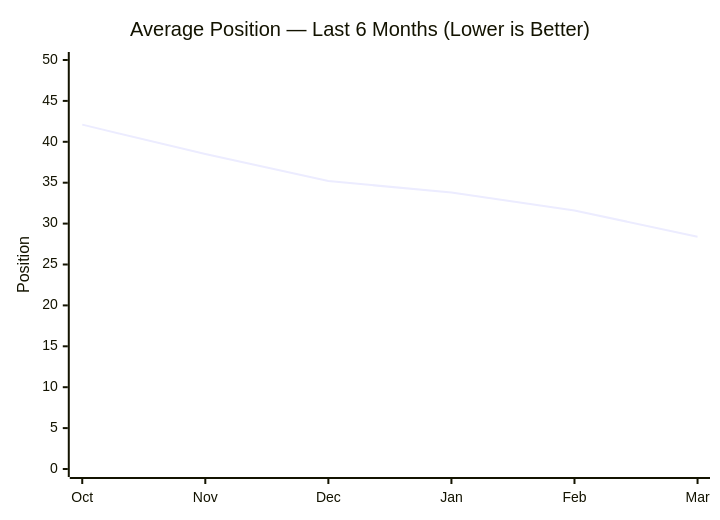
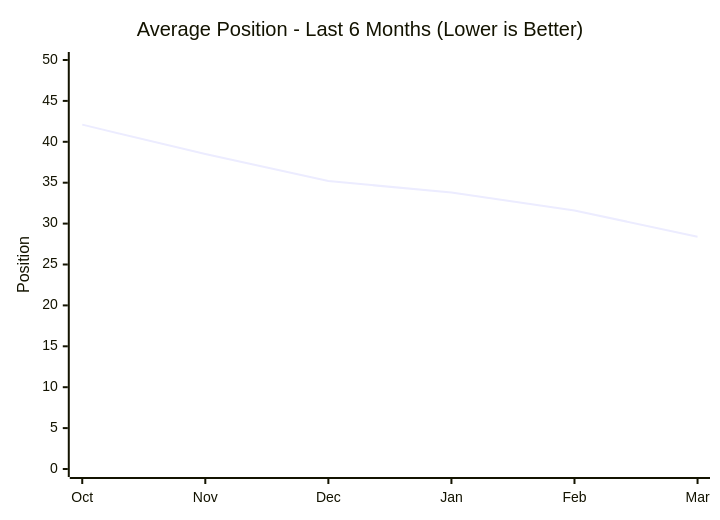
One commit to clarkemoyer/technologyadoptionbarriers.org changed the second of 3 diagrams in docs/seo/seo-dashboard-2026-03.md. Above: the diagram before and after it, drawn with Mermaid. The commit also changed other lines of this file and 25 other files, not shown here.

````diff
--- a/docs/seo/seo-dashboard-2026-03.md
+++ b/docs/seo/seo-dashboard-2026-03.md
@@ -149,7 +149,7 @@
 ```mermaid
 xychart-beta
-  title "Average Position — Last 6 Months (Lower is Better)"
+  title "Average Position  -  Last 6 Months (Lower is Better)"
   x-axis ["Oct", "Nov", "Dec", "Jan", "Feb", "Mar"]
   y-axis "Position" 0 --> 50
   line [42.1, 38.5, 35.2, 33.8, 31.6, 28.4]
 ```
````
